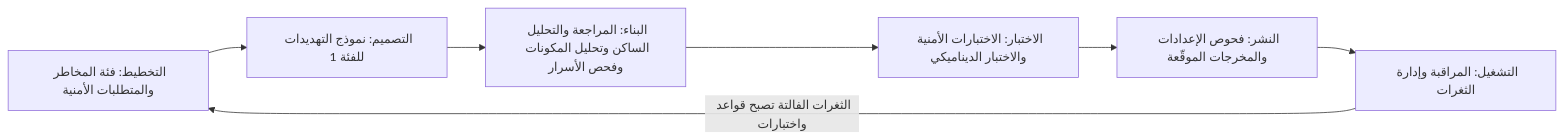
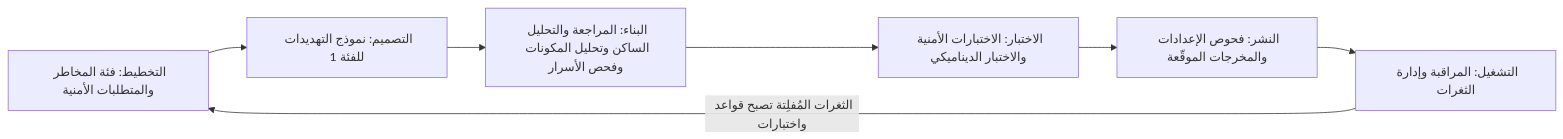
One commit to Tamoura/system-design-for-vibe-coders changed the first of 3 diagrams in secai/modules/06-sdlc.ar.md. Above: the diagram before and after it, drawn with Mermaid. The commit also changed other lines of this file and 17 other files, not shown here.

````diff
--- a/secai/modules/06-sdlc.ar.md
+++ b/secai/modules/06-sdlc.ar.md
@@ -35,9 +35,9 @@
 ```mermaid
 flowchart LR
     P["التخطيط: فئة المخاطر والمتطلبات الأمنية"] --> D["التصميم: نموذج التهديدات للفئة 1"]
     D --> B["البناء: المراجعة والتحليل الساكن وتحليل المكونات وفحص الأسرار"]
     B --> T["الاختبار: الاختبارات الأمنية والاختبار الديناميكي"]
     T --> R["النشر: فحوص الإعدادات والمخرجات الموقّعة"]
     R --> O["التشغيل: المراقبة وإدارة الثغرات"]
-    O -->|"الثغرات الفالتة تصبح قواعد واختبارات"| P
+    O -->|"الثغرات المُفلِتة تصبح قواعد واختبارات"| P
 ```
````
